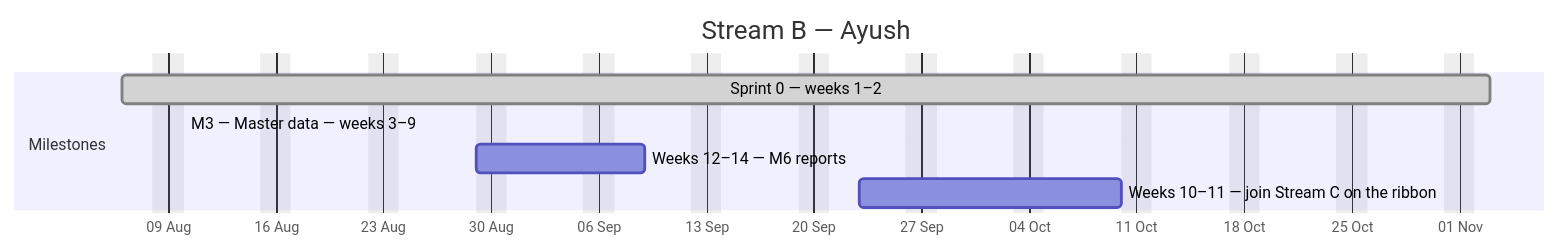
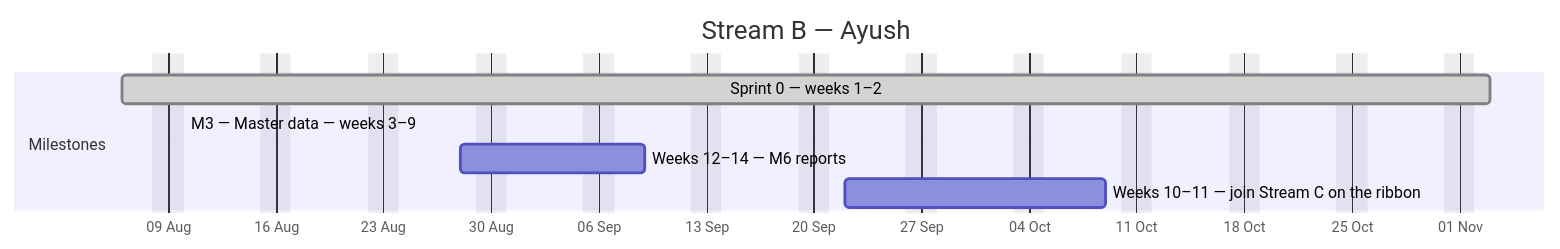
One commit to debashisedunext/EduTrack changed the second of 4 diagrams in docs/plan/GANTT.md. Above: the diagram before and after it, drawn with Mermaid. The commit also changed other lines of this file and 3 other files, not shown here.

````diff
--- a/docs/plan/GANTT.md
+++ b/docs/plan/GANTT.md
@@ -127,12 +127,12 @@
 ```mermaid
 gantt
     dateFormat YYYY-MM-DD
     axisFormat %d %b
     title Stream B — Ayush
     excludes weekends
     section Milestones
     Sprint 0 — weeks 1–2 :done, b0, 2026-08-06, 63d
-    M3 — Master data — weeks 3–9 :active, b1, 2026-08-10, -20d
-    Weeks 12–14 — M6 reports :b2, 2026-08-29, 8d
-    Weeks 10–11 — join Stream C on the ribbon :b3, 2026-09-23, 13d
+    M3 — Master data — weeks 3–9 :active, b1, 2026-08-10, -21d
+    Weeks 12–14 — M6 reports :b2, 2026-08-28, 8d
+    Weeks 10–11 — join Stream C on the ribbon :b3, 2026-09-22, 13d
 ```
````
